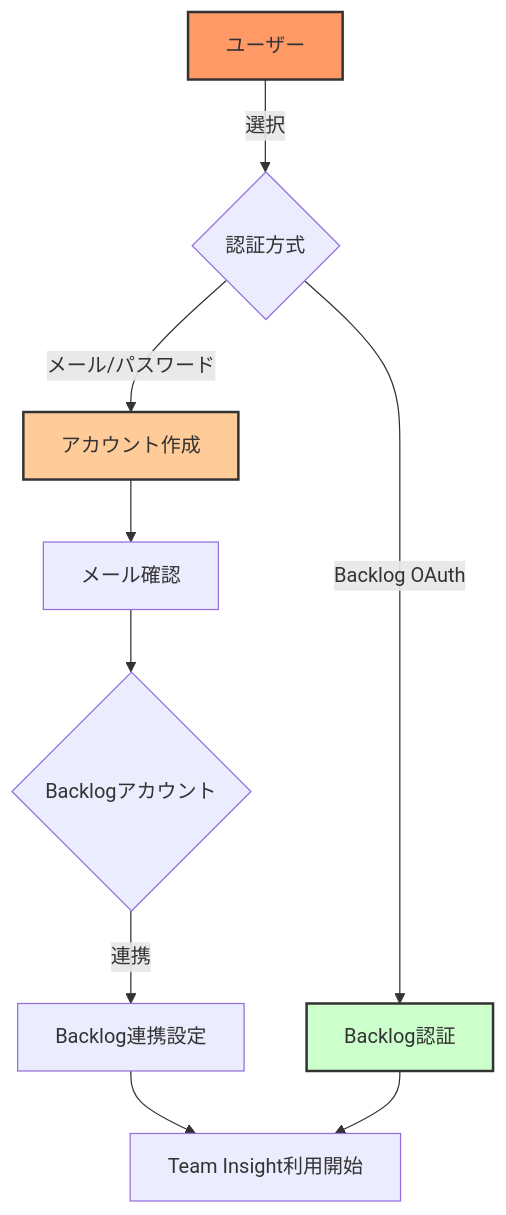
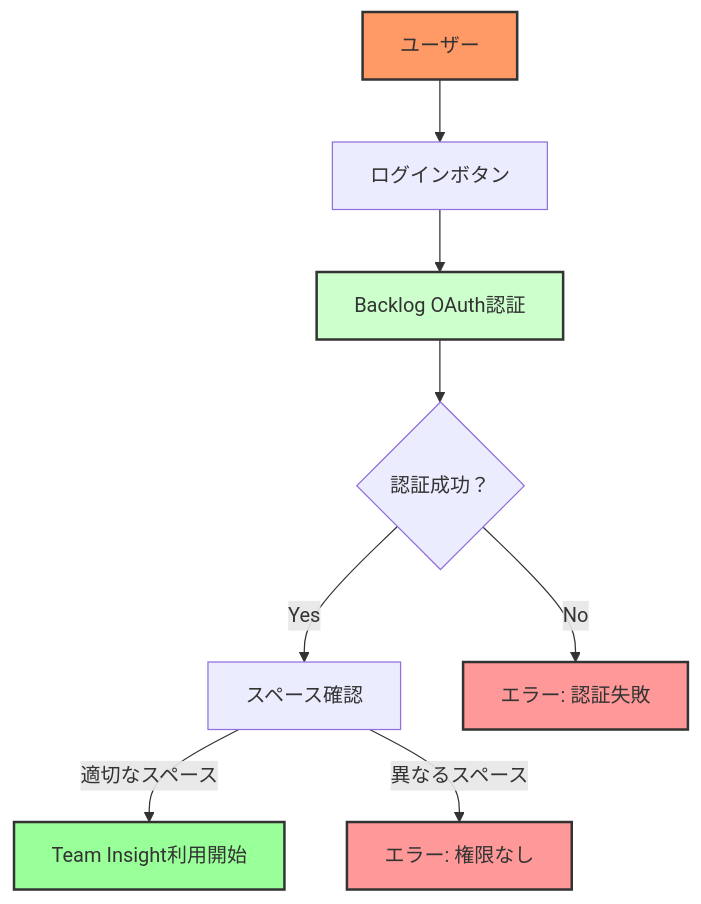
The fourth of 13 diagrams in Doc/mvp.md (rasshii/team-insight), drawn with Mermaid before and after one commit. The commit also changed other lines of this file and 1 other file, not shown here.

````diff
--- a/Doc/mvp.md
+++ b/Doc/mvp.md
@@ -258,17 +304,16 @@
 ```mermaid
 graph TD
-    A[ユーザー] -->|選択| C{認証方式}
-    C -->|メール/パスワード| D[アカウント作成]
-    C -->|Backlog OAuth| E[Backlog認証]
-
-    D --> F[メール確認]
-    F --> G{Backlogアカウント}
-    G -->|連携| H[Backlog連携設定]
-
-    H --> J[Team Insight利用開始]
-    E --> J
+    A[ユーザー] --> B[ログインボタン]
+    B --> C[Backlog OAuth認証]
+    C --> D{認証成功？}
+    D -->|Yes| E[スペース確認]
+    E -->|適切なスペース| F[Team Insight利用開始]
+    E -->|異なるスペース| G[エラー: 権限なし]
+    D -->|No| H[エラー: 認証失敗]
 
     style A fill:#f96,stroke:#333,stroke-width:2px
-    style D fill:#fc9,stroke:#333,stroke-width:2px
-    style E fill:#cfc,stroke:#333,stroke-width:2px
+    style C fill:#cfc,stroke:#333,stroke-width:2px
+    style F fill:#9f9,stroke:#333,stroke-width:2px
+    style G fill:#f99,stroke:#333,stroke-width:2px
+    style H fill:#f99,stroke:#333,stroke-width:2px
 ```
````
